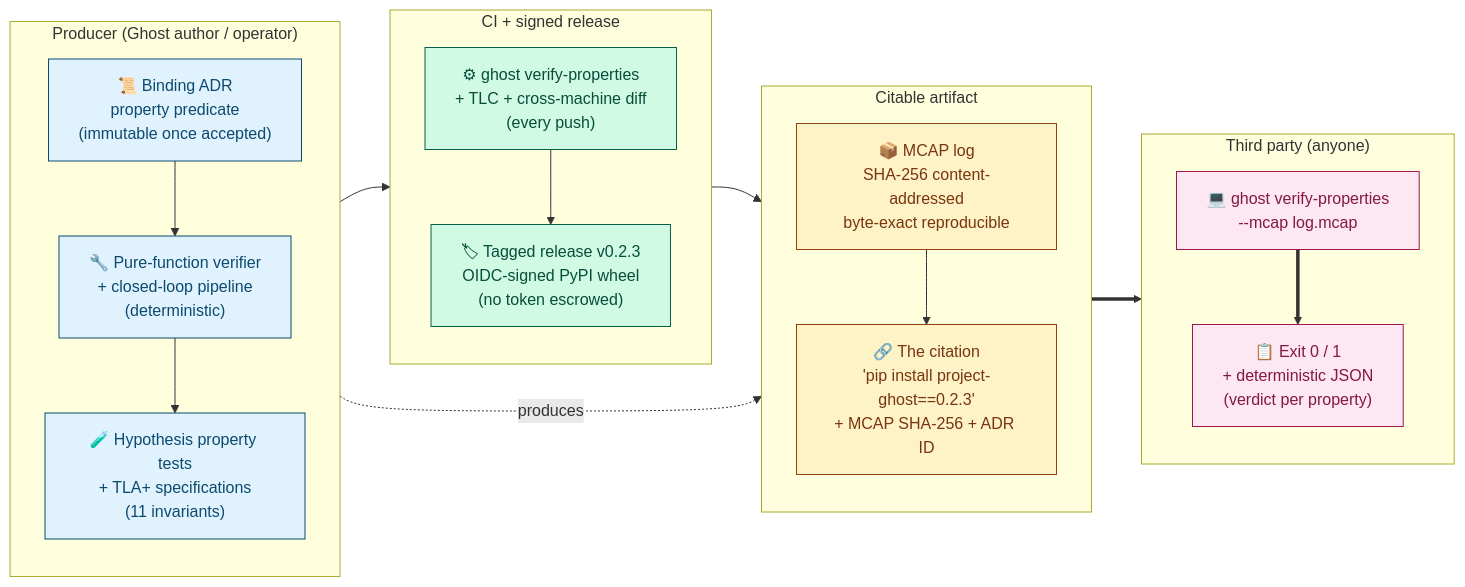
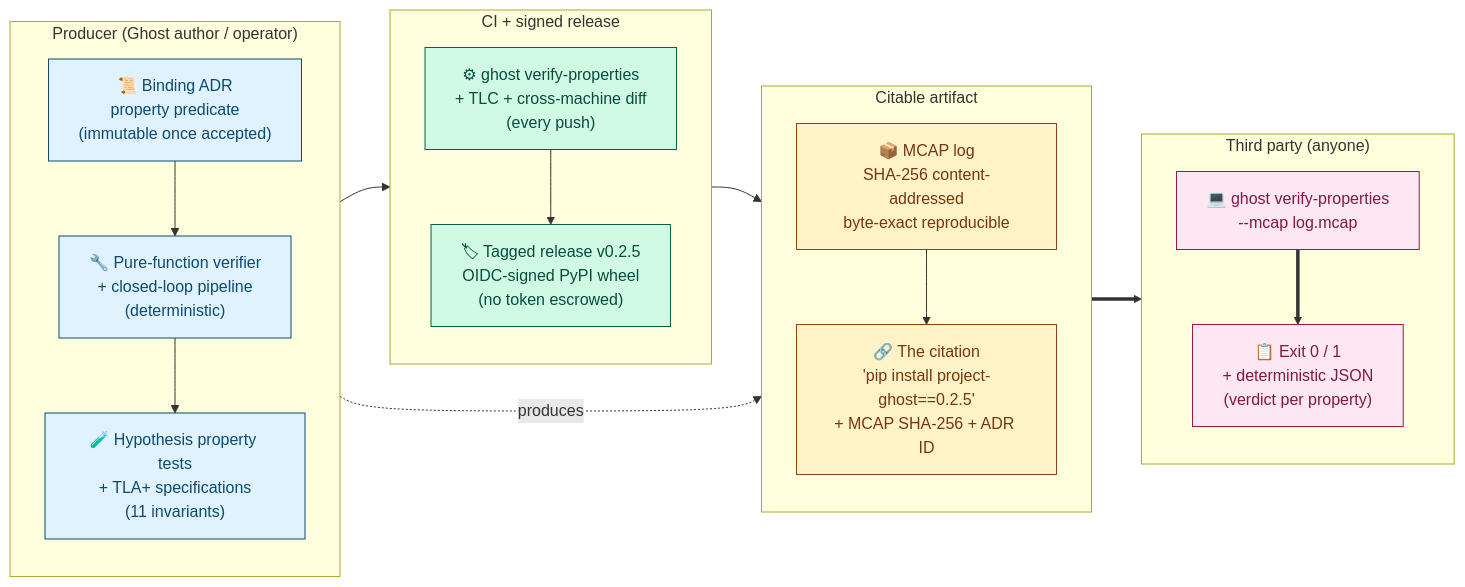
Before and after one commit to JFHelvetius/ghost: the diagram in docs/paper/project_ghost_v0_2.md, drawn with Mermaid. The commit also changed other lines of this file and 2 other files, not shown here.

First line of the commit message:
chore(paper): update pip install refs to v0.2.5 across EN/ES/ZH

````diff
--- a/docs/paper/project_ghost_v0_2.md
+++ b/docs/paper/project_ghost_v0_2.md
@@ -181,42 +181,42 @@
 ```mermaid
 flowchart LR
     classDef producer fill:#e0f2fe,stroke:#0c4a6e,color:#0c4a6e
     classDef artifact fill:#fef3c7,stroke:#92400e,color:#78350f
     classDef ci fill:#d1fae5,stroke:#065f46,color:#064e3b
     classDef thirdparty fill:#fce7f3,stroke:#9d174d,color:#831843
 
     subgraph P["Producer (Ghost author / operator)"]
         direction TB
         ADR["📜 Binding ADR<br/>property predicate<br/>(immutable once accepted)"]:::producer
         Code["🔧 Pure-function verifier<br/>+ closed-loop pipeline<br/>(deterministic)"]:::producer
         Spec["🧪 Hypothesis property tests<br/>+ TLA+ specifications<br/>(11 invariants)"]:::producer
     end
 
     subgraph R["CI + signed release"]
         direction TB
         CIv["⚙ ghost verify-properties<br/>+ TLC + cross-machine diff<br/>(every push)"]:::ci
-        Tag["🏷 Tagged release v0.2.3<br/>OIDC-signed PyPI wheel<br/>(no token escrowed)"]:::ci
+        Tag["🏷 Tagged release v0.2.5<br/>OIDC-signed PyPI wheel<br/>(no token escrowed)"]:::ci
     end
 
     subgraph A["Citable artifact"]
         direction TB
         MCAP["📦 MCAP log<br/>SHA-256 content-addressed<br/>byte-exact reproducible"]:::artifact
-        Cite["🔗 The citation<br/>'pip install project-ghost==0.2.3'<br/>+ MCAP SHA-256 + ADR ID"]:::artifact
+        Cite["🔗 The citation<br/>'pip install project-ghost==0.2.5'<br/>+ MCAP SHA-256 + ADR ID"]:::artifact
     end
 
     subgraph V["Third party (anyone)"]
         direction TB
         Cmd["💻 ghost verify-properties<br/>--mcap log.mcap"]:::thirdparty
         Out["📋 Exit 0 / 1<br/>+ deterministic JSON<br/>(verdict per property)"]:::thirdparty
     end
 
     ADR --> Code
     Code --> Spec
     Spec --> CIv
     CIv --> Tag
     Code -. produces .-> MCAP
     Tag --> Cite
     MCAP --> Cite
     Cite ==> Cmd
     Cmd ==> Out
 ```
````
